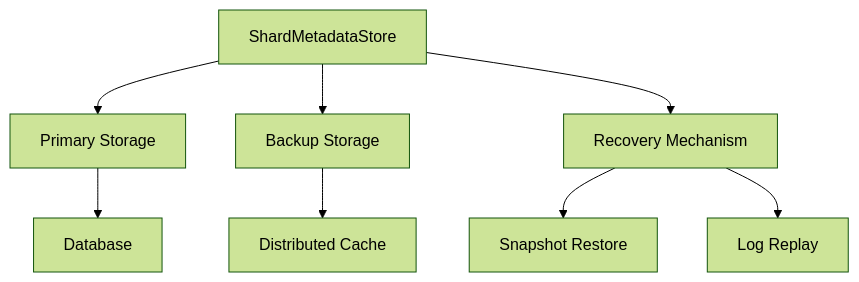
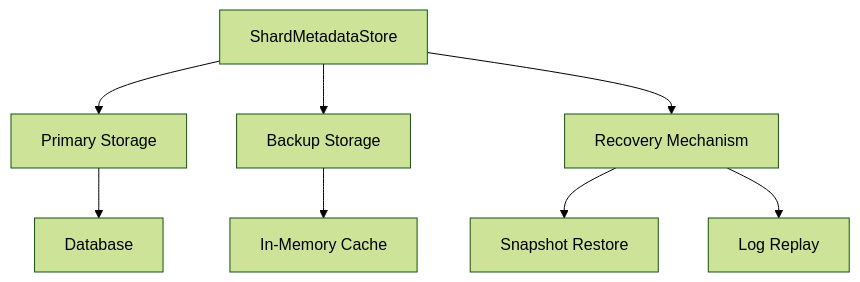
Before and after one commit to rcmilan/ex-scalingwrites: the sixth of 8 diagrams in plans/sharding-architecture-refactor-plan.md, drawn with Mermaid (forest theme). The commit also changed other lines of this file, not shown here.

````diff
--- a/plans/sharding-architecture-refactor-plan.md
+++ b/plans/sharding-architecture-refactor-plan.md
@@ -136,10 +138,10 @@
 ```mermaid
 graph TD
     A[ShardMetadataStore] --> B[Primary Storage]
     A --> C[Backup Storage]
     A --> D[Recovery Mechanism]
     B --> E[Database]
-    C --> F[Distributed Cache]
+    C --> F[In-Memory Cache]
     D --> G[Snapshot Restore]
     D --> H[Log Replay]
 ```
````
